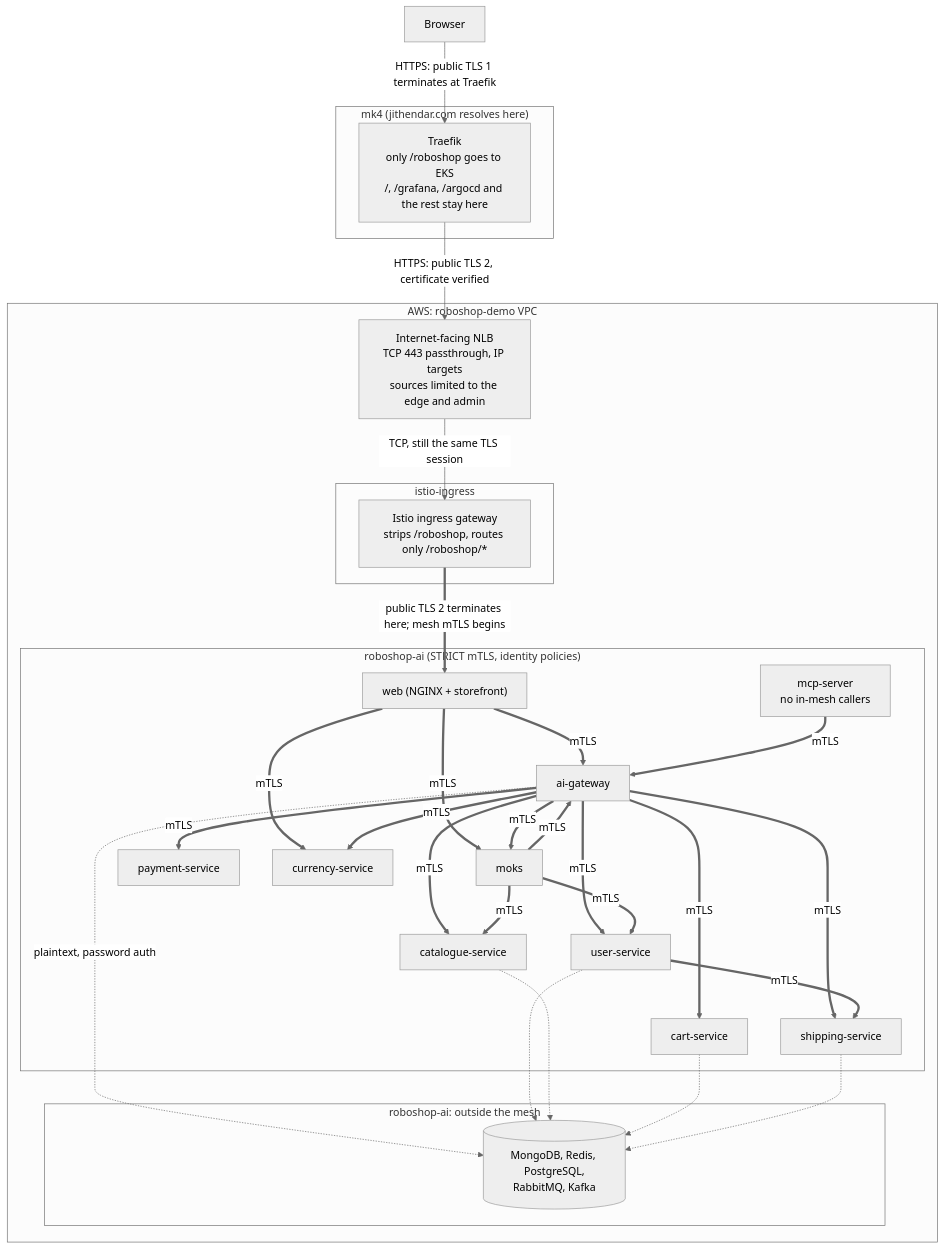
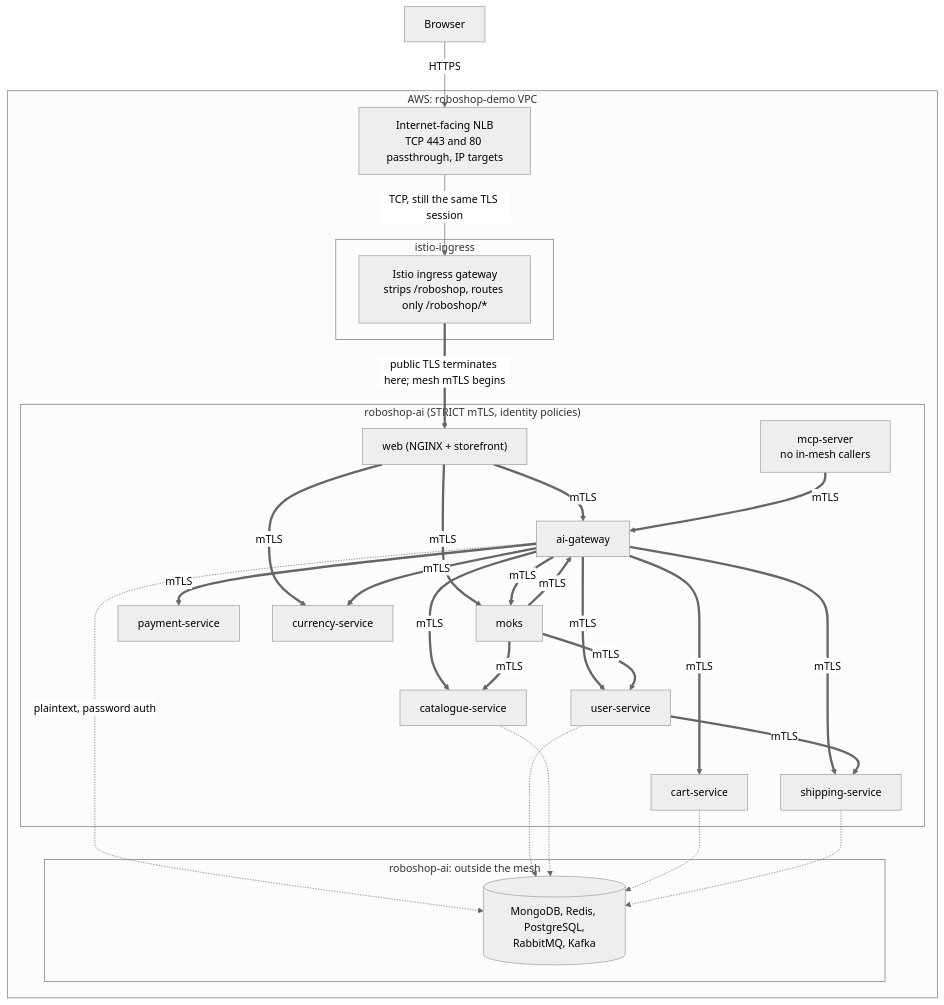
Before and after one commit to mrjithendar/tools: the diagram in eks/diagrams/roboshop-ingress.mmd, drawn with Mermaid (neutral theme). The commit also changed 12 other files, not shown here.

```diff
--- a/eks/diagrams/roboshop-ingress.mmd
+++ b/eks/diagrams/roboshop-ingress.mmd
@@ -1,58 +1,53 @@
 %% RoboShop on EKS: where public TLS terminates and where mesh mTLS begins.
 %% Edit here, then copy it into eks/README.md, which GitHub renders; a test keeps the two equal.
 flowchart TD
   browser["Browser"]
 
-  subgraph mk4["mk4 (jithendar.com resolves here)"]
-    traefik["Traefik<br/>only /roboshop goes to EKS<br/>/, /grafana, /argocd and the rest stay here"]
-  end
-
   subgraph aws["AWS: roboshop-demo VPC"]
-    nlb["Internet-facing NLB<br/>TCP 443 passthrough, IP targets<br/>sources limited to the edge and admin"]
+    nlb["Internet-facing NLB<br/>TCP 443 and 80 passthrough, IP targets"]
 
     subgraph ingress["istio-ingress"]
       gateway["Istio ingress gateway<br/>strips /roboshop, routes only /roboshop/*"]
     end
 
     subgraph ns["roboshop-ai (STRICT mTLS, identity policies)"]
       web["web (NGINX + storefront)"]
       aigw["ai-gateway"]
       moks["moks"]
       mcp["mcp-server<br/>no in-mesh callers"]
       user["user-service"]
       catalogue["catalogue-service"]
       cart["cart-service"]
       payment["payment-service"]
       shipping["shipping-service"]
       currency["currency-service"]
     end
 
     subgraph data["roboshop-ai: outside the mesh"]
       stores[("MongoDB, Redis, PostgreSQL,<br/>RabbitMQ, Kafka")]
     end
   end
 
-  browser -- "HTTPS: public TLS 1 terminates at Traefik" --> traefik
-  traefik -- "HTTPS: public TLS 2, certificate verified" --> nlb
+  browser -- "HTTPS" --> nlb
   nlb -- "TCP, still the same TLS session" --> gateway
-  gateway == "public TLS 2 terminates here; mesh mTLS begins" ==> web
+  gateway == "public TLS terminates here; mesh mTLS begins" ==> web
   web == mTLS ==> aigw
   web == mTLS ==> moks
   web == mTLS ==> currency
   aigw == mTLS ==> user
   aigw == mTLS ==> catalogue
   aigw == mTLS ==> cart
   aigw == mTLS ==> payment
   aigw == mTLS ==> shipping
   aigw == mTLS ==> currency
   aigw == mTLS ==> moks
   moks == mTLS ==> aigw
   moks == mTLS ==> catalogue
   moks == mTLS ==> user
   user == mTLS ==> shipping
   mcp == mTLS ==> aigw
   aigw -. "plaintext, password auth" .-> stores
   user -.-> stores
   catalogue -.-> stores
   cart -.-> stores
   shipping -.-> stores
```
